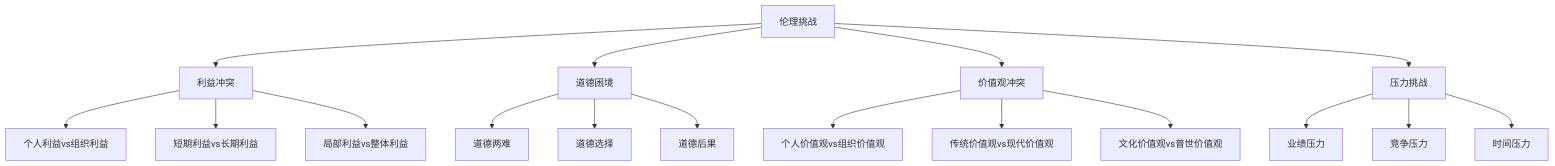
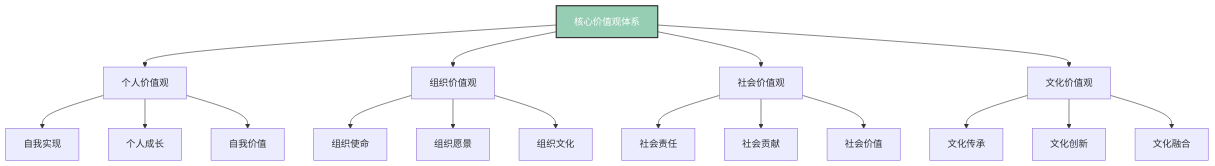
One commit to Anping2017/obsidian changed the fourth of 6 diagrams in 企业领导力/01-基础认知层/05-领导力伦理与价值观.md. Above: the diagram before and after it, drawn with Mermaid. The commit also changed other lines of this file and 8 other files, not shown here.

````diff
--- a/企业领导力/01-基础认知层/05-领导力伦理与价值观.md
+++ b/企业领导力/01-基础认知层/05-领导力伦理与价值观.md
@@ -185,23 +123,25 @@
 ```mermaid
 graph TD
-    A[伦理挑战] --> B[利益冲突]
-    A --> C[道德困境]
-    A --> D[价值观冲突]
-    A --> E[压力挑战]
+    A[核心价值观体系] --> B[个人价值观]
+    A --> C[组织价值观]
+    A --> D[社会价值观]
+    A --> E[文化价值观]
     
-    B --> B1[个人利益vs组织利益]
-    B --> B2[短期利益vs长期利益]
-    B --> B3[局部利益vs整体利益]
+    B --> B1[自我实现]
+    B --> B2[个人成长]
+    B --> B3[自我价值]
     
-    C --> C1[道德两难]
-    C --> C2[道德选择]
-    C --> C3[道德后果]
+    C --> C1[组织使命]
+    C --> C2[组织愿景]
+    C --> C3[组织文化]
     
-    D --> D1[个人价值观vs组织价值观]
-    D --> D2[传统价值观vs现代价值观]
-    D --> D3[文化价值观vs普世价值观]
+    D --> D1[社会责任]
+    D --> D2[社会贡献]
+    D --> D3[社会价值]
     
-    E --> E1[业绩压力]
-    E --> E2[竞争压力]
-    E --> E3[时间压力]
+    E --> E1[文化传承]
+    E --> E2[文化创新]
+    E --> E3[文化融合]
+    
+    style A fill:#96ceb4,stroke:#333,stroke-width:2px,color:#fff
 ```
````
